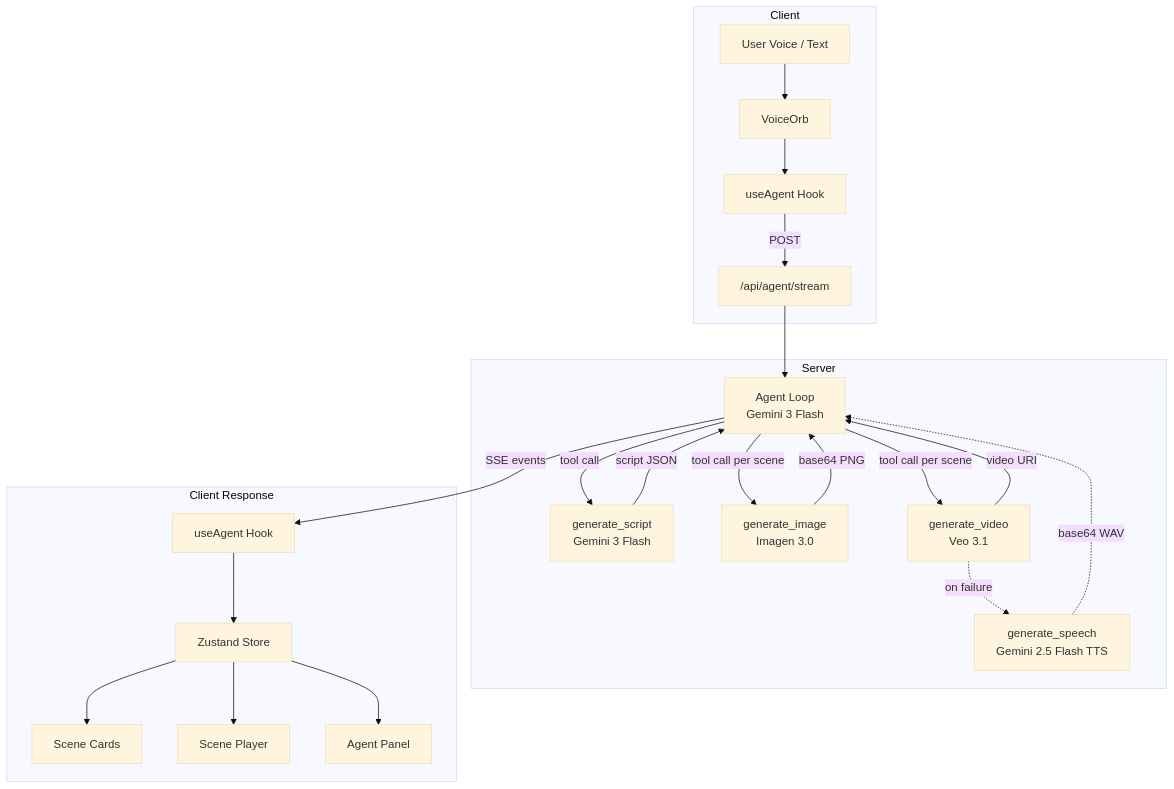
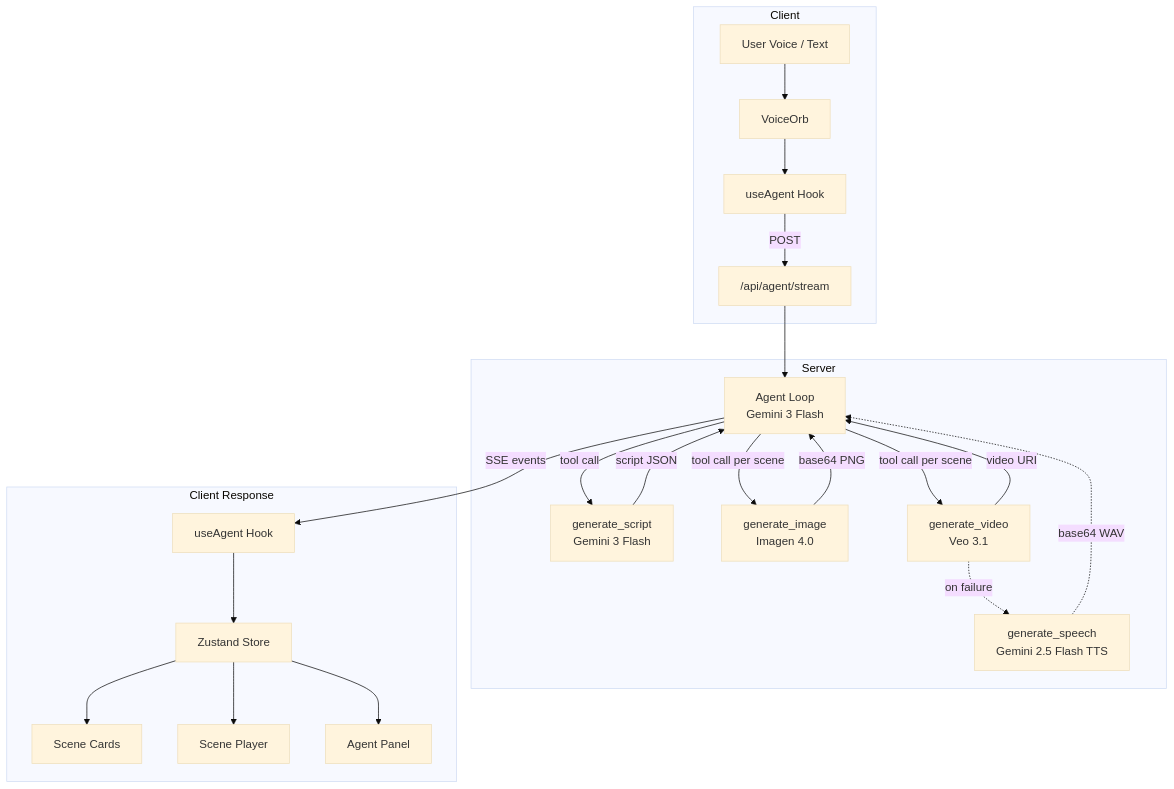
Before and after one commit to NaichuanZhang/director-cut: the diagram in README.md, drawn with Mermaid (base theme). The commit also changed other lines of this file and 5 other files, not shown here.

````diff
--- a/README.md
+++ b/README.md
@@ -9,33 +9,33 @@
 ```mermaid
 flowchart TD
     subgraph Client
         A["User Voice / Text"] --> B["VoiceOrb"]
         B --> C["useAgent Hook"]
         C -->|POST| D["/api/agent/stream"]
     end
 
     subgraph Server
         D --> E["Agent Loop
         Gemini 3 Flash"]
         E -->|tool call| F["generate_script
         Gemini 3 Flash"]
         F -->|script JSON| E
         E -->|tool call per scene| G["generate_image
-        Imagen 3.0"]
+        Imagen 4.0"]
         G -->|base64 PNG| E
         E -->|tool call per scene| H["generate_video
         Veo 3.1"]
         H -->|video URI| E
         H -.->|on failure| I["generate_speech
         Gemini 2.5 Flash TTS"]
         I -.->|base64 WAV| E
     end
 
     subgraph "Client Response"
         E -->|SSE events| J["useAgent Hook"]
         J --> K[Zustand Store]
         K --> L[Scene Cards]
         K --> M[Scene Player]
         K --> N[Agent Panel]
     end
 ```
````
